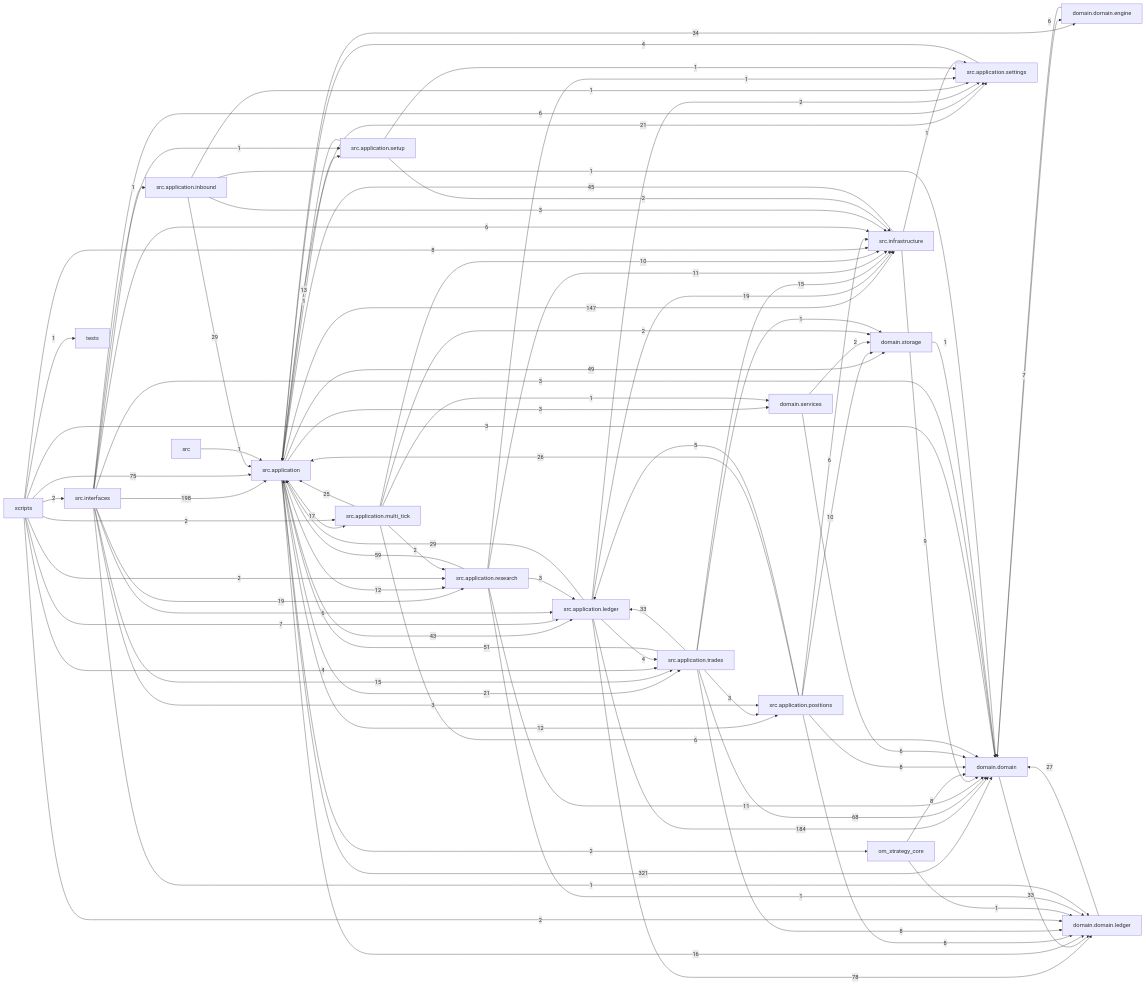
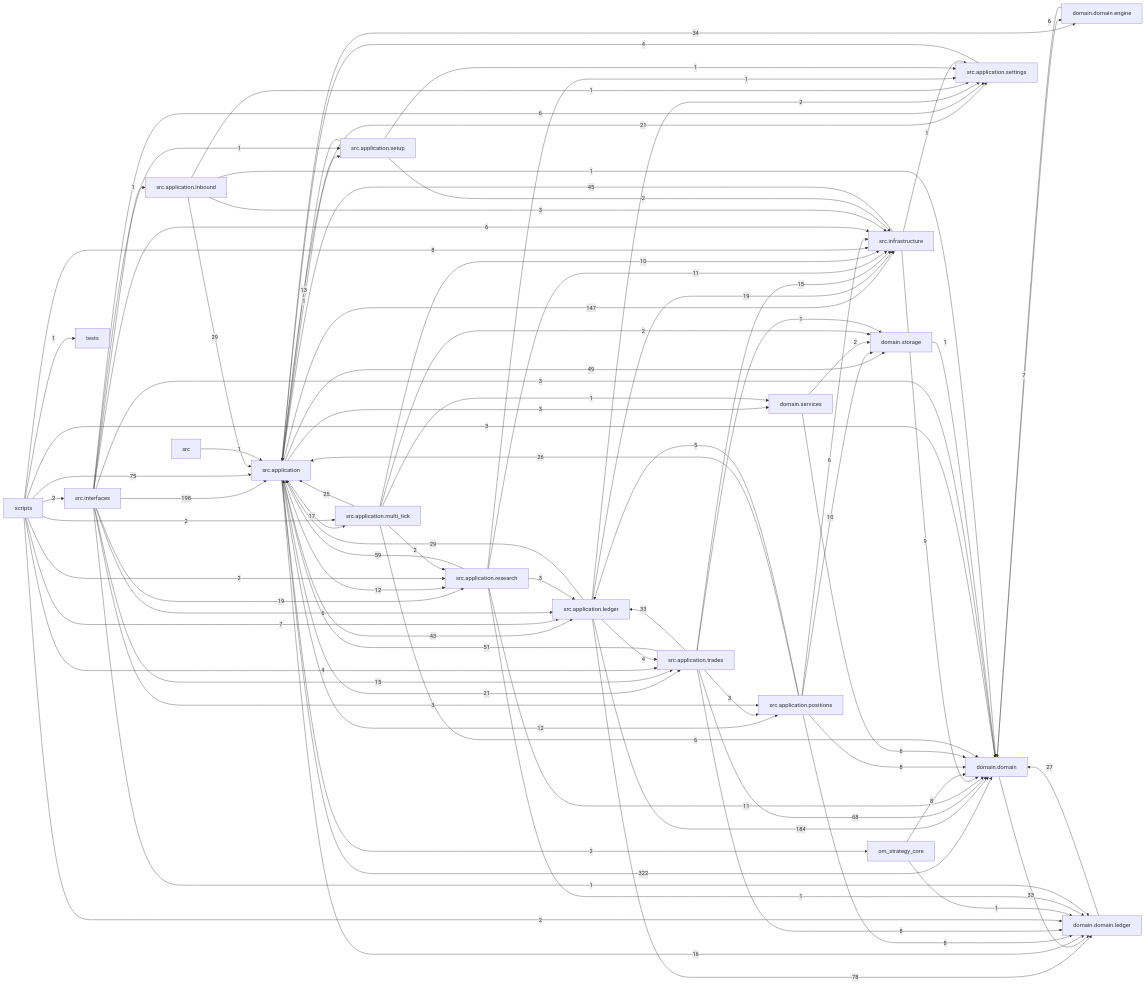
Before and after one commit to liuxie066/options-monitor: the diagram in docs/dependency_graph.mmd, drawn with Mermaid. The commit also changed 17 other files, not shown here.

```diff
--- a/docs/dependency_graph.mmd
+++ b/docs/dependency_graph.mmd
@@ -1,88 +1,88 @@
 flowchart LR
-  src_application["src.application"] -->|321| domain_domain["domain.domain"]
+  src_application["src.application"] -->|322| domain_domain["domain.domain"]
   src_interfaces["src.interfaces"] -->|198| src_application["src.application"]
   src_application_ledger["src.application.ledger"] -->|184| domain_domain["domain.domain"]
   src_application["src.application"] -->|147| src_infrastructure["src.infrastructure"]
   src_application_ledger["src.application.ledger"] -->|78| domain_domain_ledger["domain.domain.ledger"]
   scripts["scripts"] -->|75| src_application["src.application"]
   src_application_trades["src.application.trades"] -->|68| domain_domain["domain.domain"]
   src_application_research["src.application.research"] -->|59| src_application["src.application"]
   src_application_trades["src.application.trades"] -->|51| src_application["src.application"]
   src_application["src.application"] -->|49| domain_storage["domain.storage"]
   src_infrastructure["src.infrastructure"] -->|45| src_application["src.application"]
   src_application["src.application"] -->|43| src_application_ledger["src.application.ledger"]
   src_application["src.application"] -->|34| domain_domain_engine["domain.domain.engine"]
   domain_domain["domain.domain"] -->|33| domain_domain_ledger["domain.domain.ledger"]
   src_application_trades["src.application.trades"] -->|33| src_application_ledger["src.application.ledger"]
   src_application_inbound["src.application.inbound"] -->|29| src_application["src.application"]
   src_application_ledger["src.application.ledger"] -->|29| src_application["src.application"]
   domain_domain_ledger["domain.domain.ledger"] -->|27| domain_domain["domain.domain"]
   src_application_positions["src.application.positions"] -->|26| src_application["src.application"]
   src_application_multi_tick["src.application.multi_tick"] -->|25| src_application["src.application"]
   src_application["src.application"] -->|21| src_application_settings["src.application.settings"]
   src_application["src.application"] -->|21| src_application_trades["src.application.trades"]
   src_application_ledger["src.application.ledger"] -->|19| src_infrastructure["src.infrastructure"]
   src_interfaces["src.interfaces"] -->|19| src_application_research["src.application.research"]
   src_application["src.application"] -->|17| src_application_multi_tick["src.application.multi_tick"]
   src_application["src.application"] -->|16| domain_domain_ledger["domain.domain.ledger"]
   src_application_trades["src.application.trades"] -->|15| src_infrastructure["src.infrastructure"]
   src_interfaces["src.interfaces"] -->|15| src_application_trades["src.application.trades"]
   src_application_setup["src.application.setup"] -->|13| src_application["src.application"]
   src_application["src.application"] -->|12| src_application_positions["src.application.positions"]
   src_application["src.application"] -->|12| src_application_research["src.application.research"]
   src_application_research["src.application.research"] -->|11| domain_domain["domain.domain"]
   src_application_research["src.application.research"] -->|11| src_infrastructure["src.infrastructure"]
   src_application_multi_tick["src.application.multi_tick"] -->|10| src_infrastructure["src.infrastructure"]
   src_application_positions["src.application.positions"] -->|10| domain_storage["domain.storage"]
   src_infrastructure["src.infrastructure"] -->|9| domain_domain["domain.domain"]
   om_strategy_core["om_strategy_core"] -->|8| domain_domain["domain.domain"]
   scripts["scripts"] -->|8| src_infrastructure["src.infrastructure"]
   src_application_positions["src.application.positions"] -->|8| domain_domain["domain.domain"]
   src_application_positions["src.application.positions"] -->|8| domain_domain_ledger["domain.domain.ledger"]
   src_application_trades["src.application.trades"] -->|8| domain_domain_ledger["domain.domain.ledger"]
   domain_domain_engine["domain.domain.engine"] -->|7| domain_domain["domain.domain"]
   scripts["scripts"] -->|7| src_application_ledger["src.application.ledger"]
   domain_domain["domain.domain"] -->|6| domain_domain_engine["domain.domain.engine"]
   domain_services["domain.services"] -->|6| domain_domain["domain.domain"]
   src_application_multi_tick["src.application.multi_tick"] -->|6| domain_domain["domain.domain"]
   src_application_positions["src.application.positions"] -->|6| src_infrastructure["src.infrastructure"]
   src_interfaces["src.interfaces"] -->|6| src_application_ledger["src.application.ledger"]
   src_interfaces["src.interfaces"] -->|6| src_application_settings["src.application.settings"]
   src_interfaces["src.interfaces"] -->|6| src_infrastructure["src.infrastructure"]
   src_application_positions["src.application.positions"] -->|5| src_application_ledger["src.application.ledger"]
   scripts["scripts"] -->|4| src_application_trades["src.application.trades"]
   src_application_ledger["src.application.ledger"] -->|4| src_application_trades["src.application.trades"]
   src_application_settings["src.application.settings"] -->|4| src_application["src.application"]
   scripts["scripts"] -->|3| domain_domain["domain.domain"]
   src_application["src.application"] -->|3| domain_services["domain.services"]
   src_application_inbound["src.application.inbound"] -->|3| src_infrastructure["src.infrastructure"]
   src_application_research["src.application.research"] -->|3| src_application_ledger["src.application.ledger"]
   src_application_trades["src.application.trades"] -->|3| src_application_positions["src.application.positions"]
   src_interfaces["src.interfaces"] -->|3| domain_domain["domain.domain"]
   src_interfaces["src.interfaces"] -->|3| src_application_positions["src.application.positions"]
   domain_services["domain.services"] -->|2| domain_storage["domain.storage"]
   scripts["scripts"] -->|2| domain_domain_ledger["domain.domain.ledger"]
   scripts["scripts"] -->|2| src_application_multi_tick["src.application.multi_tick"]
   scripts["scripts"] -->|2| src_application_research["src.application.research"]
   scripts["scripts"] -->|2| src_interfaces["src.interfaces"]
   src_application["src.application"] -->|2| om_strategy_core["om_strategy_core"]
   src_application_ledger["src.application.ledger"] -->|2| src_application_settings["src.application.settings"]
   src_application_multi_tick["src.application.multi_tick"] -->|2| domain_storage["domain.storage"]
   src_application_multi_tick["src.application.multi_tick"] -->|2| src_application_research["src.application.research"]
   src_application_setup["src.application.setup"] -->|2| src_infrastructure["src.infrastructure"]
   domain_storage["domain.storage"] -->|1| domain_domain["domain.domain"]
   om_strategy_core["om_strategy_core"] -->|1| domain_domain_ledger["domain.domain.ledger"]
   scripts["scripts"] -->|1| tests["tests"]
   src["src"] -->|1| src_application["src.application"]
   src_application["src.application"] -->|1| src_application_setup["src.application.setup"]
   src_application_inbound["src.application.inbound"] -->|1| domain_domain["domain.domain"]
   src_application_inbound["src.application.inbound"] -->|1| src_application_settings["src.application.settings"]
   src_application_multi_tick["src.application.multi_tick"] -->|1| domain_services["domain.services"]
   src_application_research["src.application.research"] -->|1| domain_domain_ledger["domain.domain.ledger"]
   src_application_research["src.application.research"] -->|1| src_application_settings["src.application.settings"]
   src_application_setup["src.application.setup"] -->|1| src_application_settings["src.application.settings"]
   src_application_trades["src.application.trades"] -->|1| domain_storage["domain.storage"]
   src_infrastructure["src.infrastructure"] -->|1| src_application_settings["src.application.settings"]
   src_interfaces["src.interfaces"] -->|1| domain_domain_ledger["domain.domain.ledger"]
   src_interfaces["src.interfaces"] -->|1| src_application_inbound["src.application.inbound"]
   src_interfaces["src.interfaces"] -->|1| src_application_setup["src.application.setup"]
```
